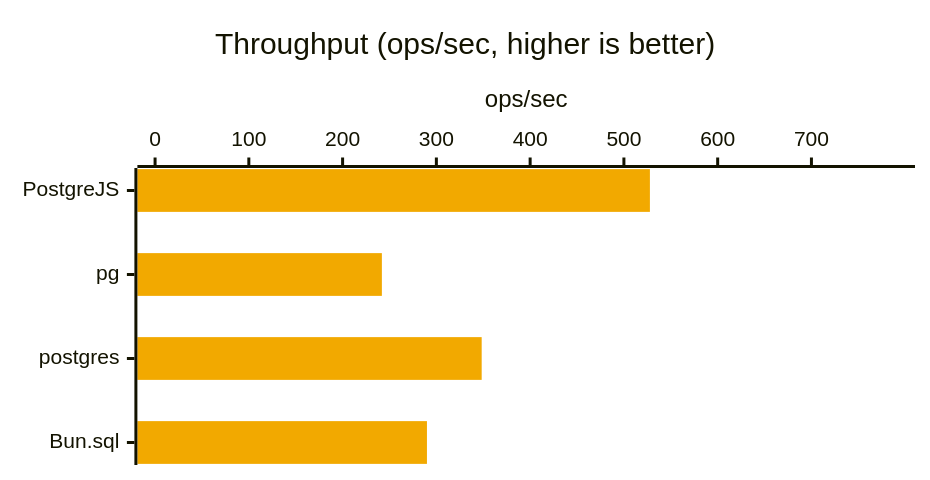
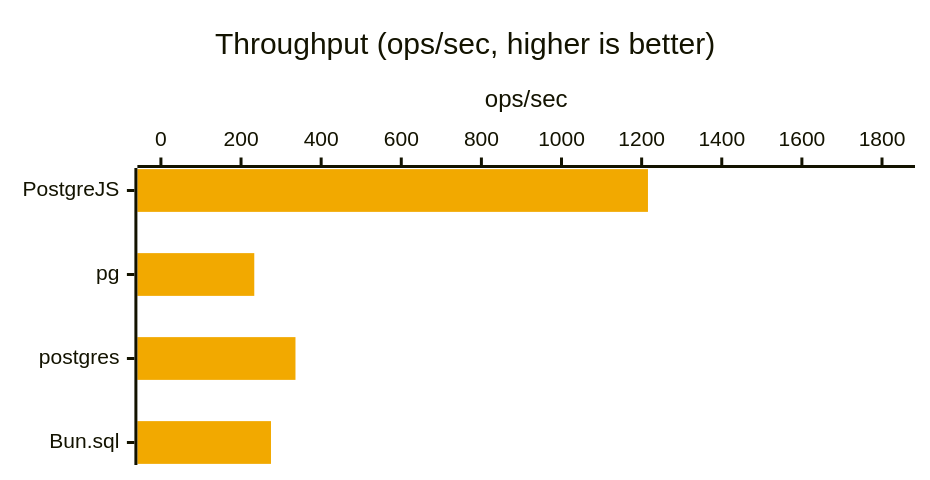
Before and after one commit to panates/postgrejs-doc: diagram 40 of 56 in docs/getting-started/benchmarks-bun.md, drawn with Mermaid. The commit also changed other lines of this file and 17 other files, not shown here.

````diff
--- a/docs/getting-started/benchmarks-bun.md
+++ b/docs/getting-started/benchmarks-bun.md
@@ -1000,8 +1000,8 @@
 ```mermaid
 %%{init: {'xyChart': {'width': 600, 'height': 300, 'chartOrientation': 'horizontal'}, 'themeVariables': {'xyChart': {'plotColorPalette': '#f2a900'}}}}%%
 xychart-beta
     title "Throughput (ops/sec, higher is better)"
     x-axis ["PostgreJS", "pg", "postgres", "Bun.sql"]
-    y-axis "ops/sec" 0.0000 --> 791.5931
-    bar [527.7288, 241.8787, 348.3164, 289.9507]
+    y-axis "ops/sec" 0.0000 --> 1823.6427
+    bar [1215.7618, 233.0657, 335.8916, 274.7799]
 ```
````
